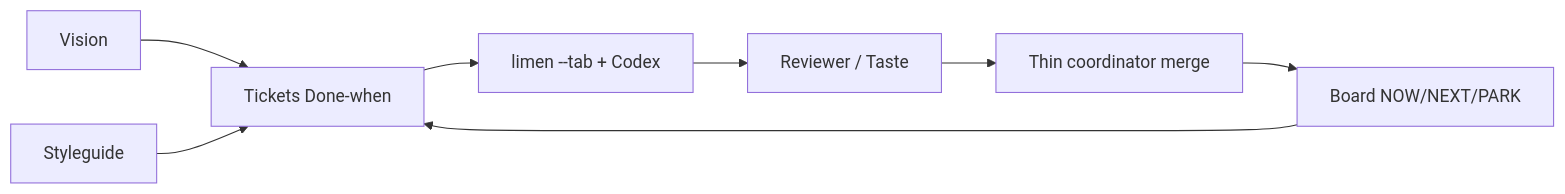
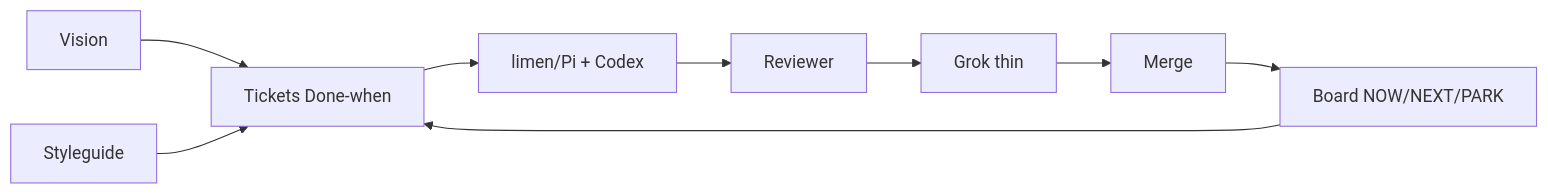
The diagram in README.md (lmiadowicz/shipyard-grok-codex), drawn with Mermaid before and after one commit. The commit also changed other lines of this file and 41 other files, not shown here.

First line of the commit message:
Shipyard polish: EN mega-card (TS), measured charts, installable setup

````diff
--- a/README.md
+++ b/README.md
@@ -17,10 +40,11 @@
 ```mermaid
 flowchart LR
   Vision[Vision] --> Tickets[Tickets Done-when]
   Style[Styleguide] --> Tickets
   Board[Board NOW/NEXT/PARK] --> Tickets
-  Tickets --> Limen[limen --tab + Codex]
-  Limen --> Review[Reviewer / Taste]
-  Review --> Merge[Thin coordinator merge]
+  Tickets --> Limen[limen/Pi + Codex]
+  Limen --> Review[Reviewer]
+  Review --> Grok[Grok thin]
+  Grok --> Merge[Merge]
   Merge --> Board
 ```
````
